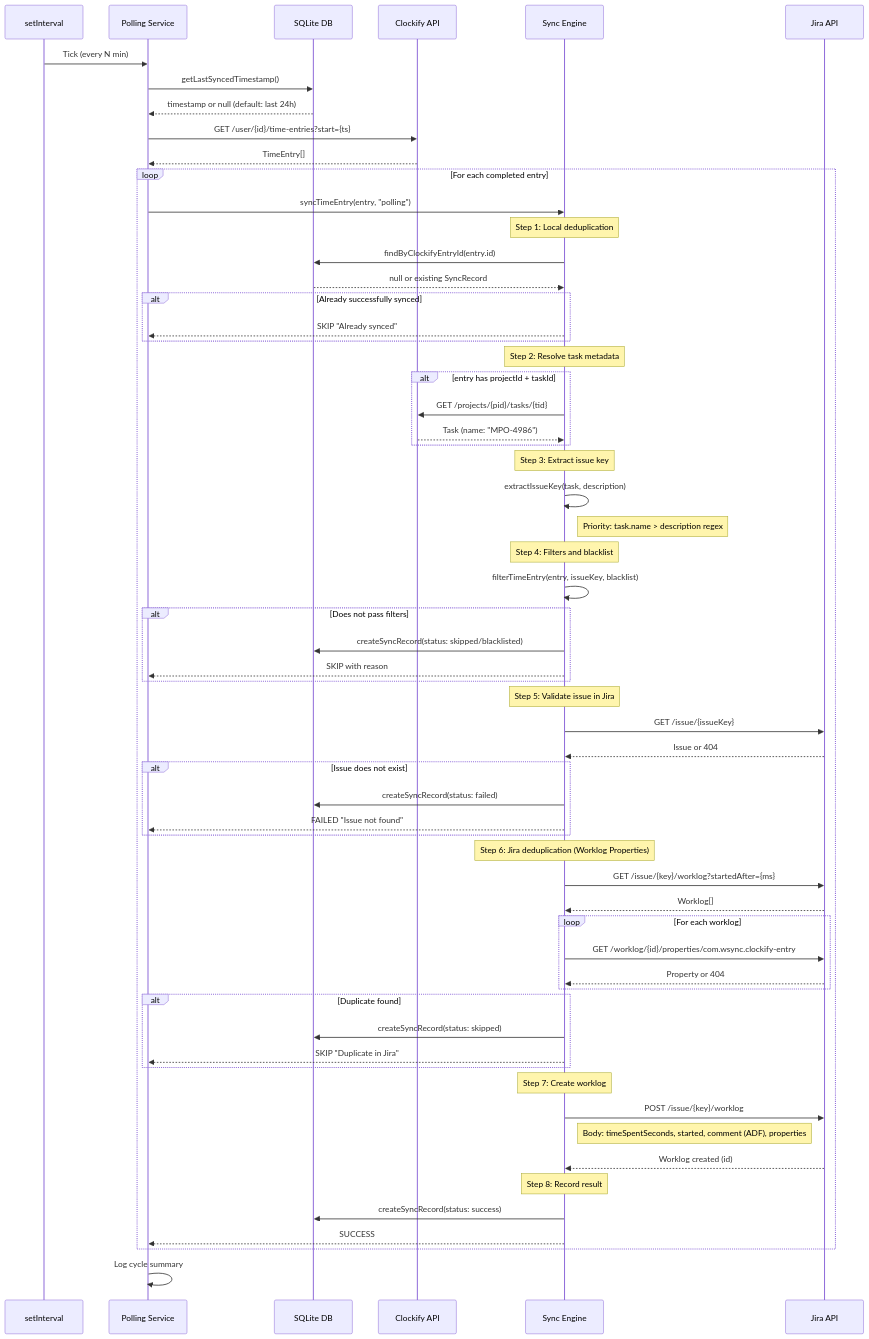
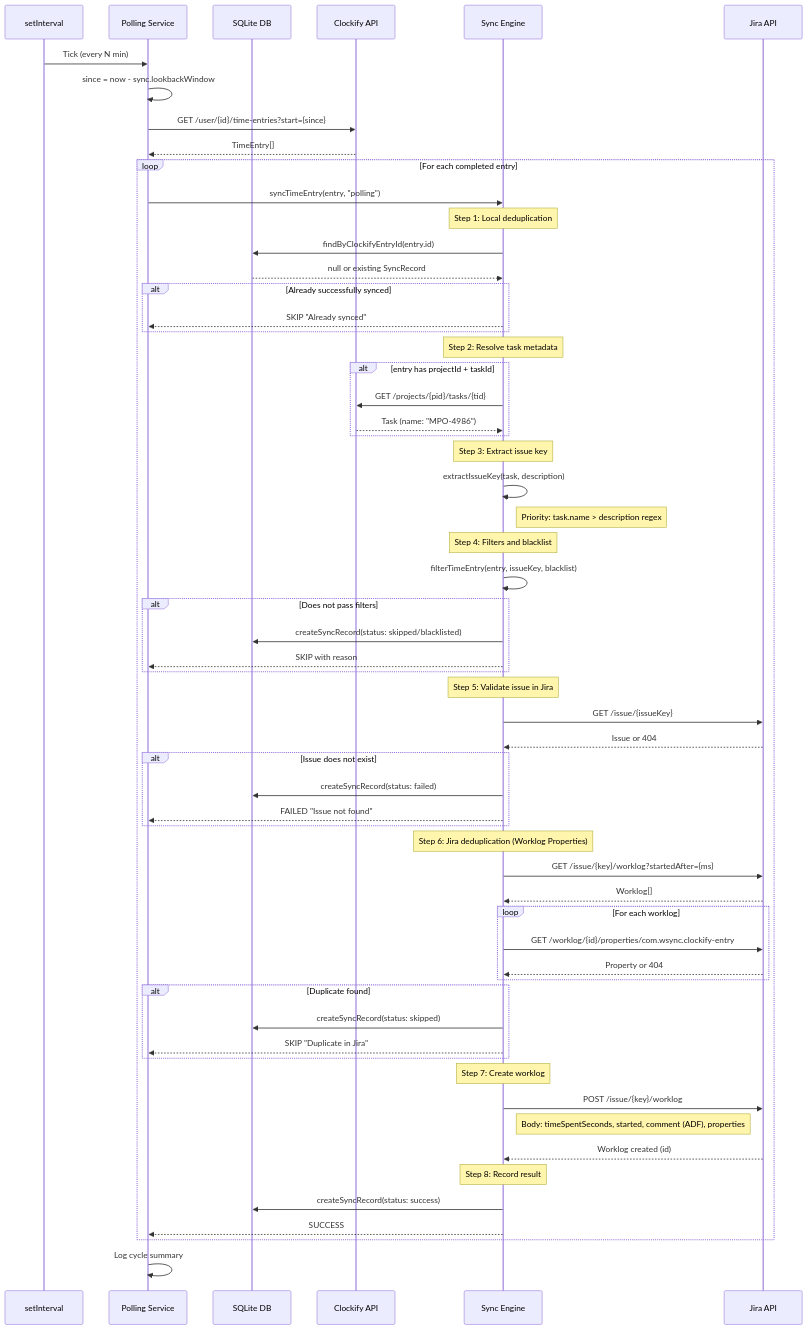
One commit to bxacosta/jira-work-sync changed the first of 2 diagrams in docs/sync-flow.md. Above: the diagram before and after it, drawn with Mermaid. The commit also changed other lines of this file and 4 other files, not shown here.

````diff
--- a/docs/sync-flow.md
+++ b/docs/sync-flow.md
@@ -16,75 +21,74 @@
 ```mermaid
 sequenceDiagram
     participant Timer as setInterval
     participant Poller as Polling Service
     participant DB as SQLite DB
     participant CApi as Clockify API
     participant Engine as Sync Engine
     participant JApi as Jira API
     Timer ->> Poller: Tick (every N min)
-    Poller ->> DB: getLastSyncedTimestamp()
-    DB -->> Poller: timestamp or null (default: last 24h)
-    Poller ->> CApi: GET /user/{id}/time-entries?start={ts}
+    Poller ->> Poller: since = now - sync.lookbackWindow
+    Poller ->> CApi: GET /user/{id}/time-entries?start={since}
     CApi -->> Poller: TimeEntry[]
 
     loop For each completed entry
         Poller ->> Engine: syncTimeEntry(entry, "polling")
         Note over Engine: Step 1: Local deduplication
         Engine ->> DB: findByClockifyEntryId(entry.id)
         DB -->> Engine: null or existing SyncRecord
 
         alt Already successfully synced
             Engine -->> Poller: SKIP "Already synced"
         end
 
         Note over Engine: Step 2: Resolve task metadata
         alt entry has projectId + taskId
             Engine ->> CApi: GET /projects/{pid}/tasks/{tid}
             CApi -->> Engine: Task (name: "MPO-4986")
         end
 
         Note over Engine: Step 3: Extract issue key
         Engine ->> Engine: extractIssueKey(task, description)
         Note right of Engine: Priority: task.name > description regex
         Note over Engine: Step 4: Filters and blacklist
         Engine ->> Engine: filterTimeEntry(entry, issueKey, blacklist)
 
         alt Does not pass filters
             Engine ->> DB: createSyncRecord(status: skipped/blacklisted)
             Engine -->> Poller: SKIP with reason
         end
 
         Note over Engine: Step 5: Validate issue in Jira
         Engine ->> JApi: GET /issue/{issueKey}
         JApi -->> Engine: Issue or 404
 
         alt Issue does not exist
             Engine ->> DB: createSyncRecord(status: failed)
             Engine -->> Poller: FAILED "Issue not found"
         end
 
         Note over Engine: Step 6: Jira deduplication (Worklog Properties)
         Engine ->> JApi: GET /issue/{key}/worklog?startedAfter={ms}
         JApi -->> Engine: Worklog[]
 
         loop For each worklog
             Engine ->> JApi: GET /worklog/{id}/properties/com.wsync.clockify-entry
             JApi -->> Engine: Property or 404
         end
 
         alt Duplicate found
             Engine ->> DB: createSyncRecord(status: skipped)
             Engine -->> Poller: SKIP "Duplicate in Jira"
         end
 
         Note over Engine: Step 7: Create worklog
         Engine ->> JApi: POST /issue/{key}/worklog
         Note right of Engine: Body: timeSpentSeconds, started, comment (ADF), properties
         JApi -->> Engine: Worklog created (id)
         Note over Engine: Step 8: Record result
         Engine ->> DB: createSyncRecord(status: success)
         Engine -->> Poller: SUCCESS
     end
 
     Poller ->> Poller: Log cycle summary
 ```
````
